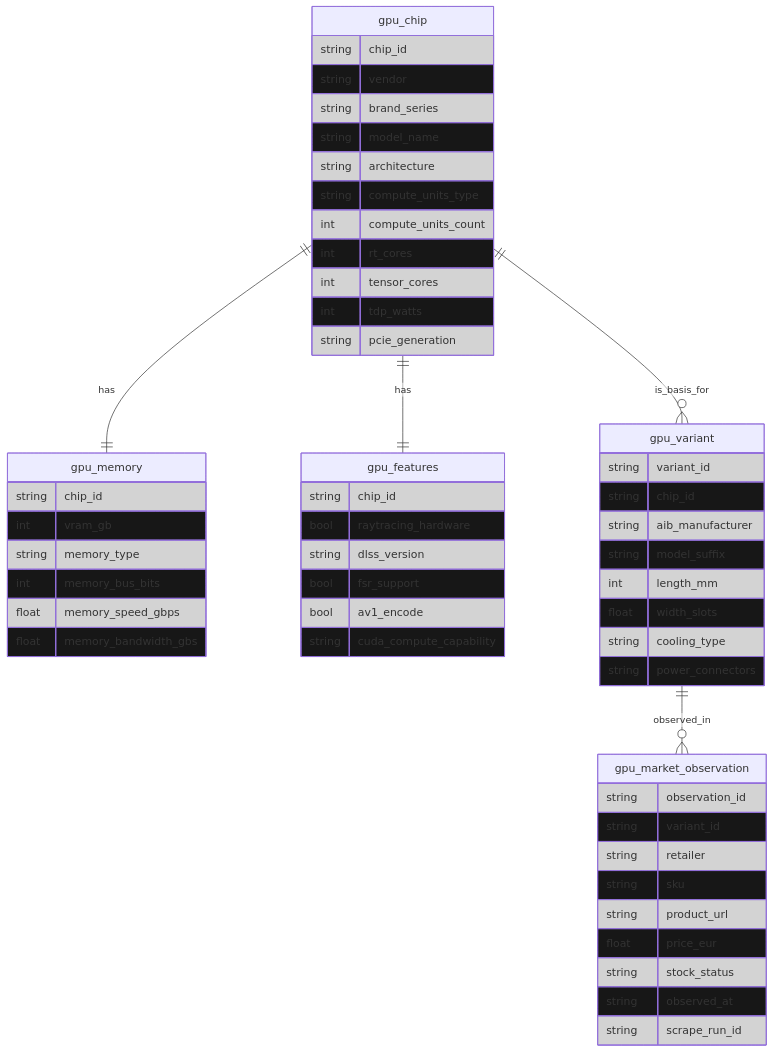
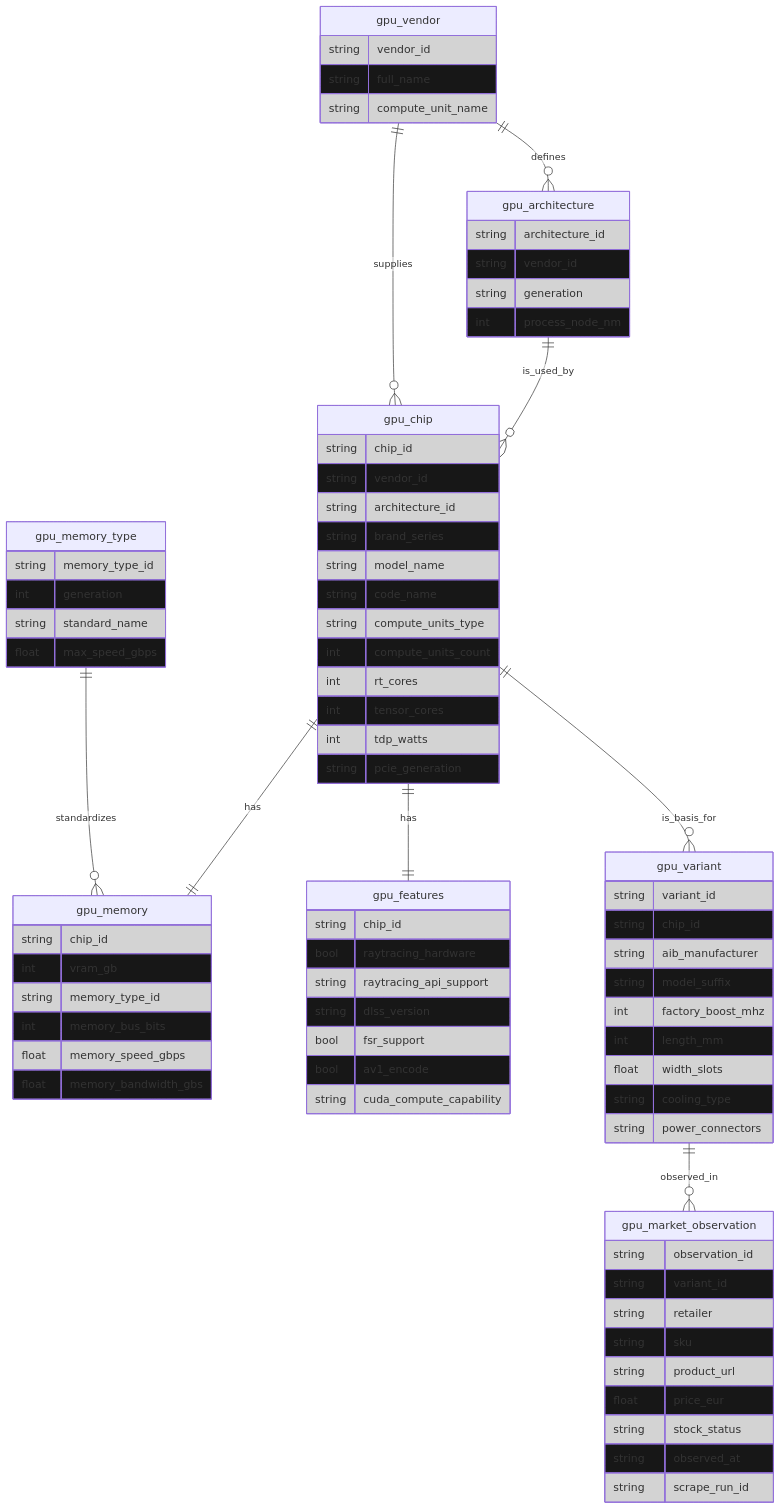
One commit to edunavata/gpu-bd changed the diagram in domain/gpu/silver.md. Above: the diagram before and after it, drawn with Mermaid. The commit also changed other lines of this file and 2 other files, not shown here.

Commit message:
feat: formalize GPU domain Silver layer data model with selective normalization, new reference entities, and clarified variant/observation roles.

```diff
--- a/domain/gpu/silver.md
+++ b/domain/gpu/silver.md
@@ -34,17 +34,42 @@
   }
 }}%%
 erDiagram
+    gpu_vendor ||--o{ gpu_architecture : defines
+    gpu_vendor ||--o{ gpu_chip : supplies
+    gpu_architecture ||--o{ gpu_chip : is_used_by
+    gpu_memory_type ||--o{ gpu_memory : standardizes
     gpu_chip ||--|| gpu_memory : has
     gpu_chip ||--|| gpu_features : has
     gpu_chip ||--o{ gpu_variant : is_basis_for
     gpu_variant ||--o{ gpu_market_observation : observed_in
 
+    gpu_vendor {
+        string vendor_id
+        string full_name
+        string compute_unit_name
+    }
+
+    gpu_architecture {
+        string architecture_id
+        string vendor_id
+        string generation
+        int process_node_nm
+    }
+
+    gpu_memory_type {
+        string memory_type_id
+        int generation
+        string standard_name
+        float max_speed_gbps
+    }
+
     gpu_chip {
         string chip_id
-        string vendor
+        string vendor_id
+        string architecture_id
         string brand_series
         string model_name
-        string architecture
+        string code_name
         string compute_units_type
         int compute_units_count
         int rt_cores
@@ -56,7 +81,7 @@
     gpu_memory {
         string chip_id
         int vram_gb
-        string memory_type
+        string memory_type_id
         int memory_bus_bits
         float memory_speed_gbps
         float memory_bandwidth_gbs
@@ -65,6 +90,7 @@
     gpu_features {
         string chip_id
         bool raytracing_hardware
+        string raytracing_api_support
         string dlss_version
         bool fsr_support
         bool av1_encode
@@ -76,6 +102,7 @@
         string chip_id
         string aib_manufacturer
         string model_suffix
+        int factory_boost_mhz
         int length_mm
         float width_slots
         string cooling_type
```
